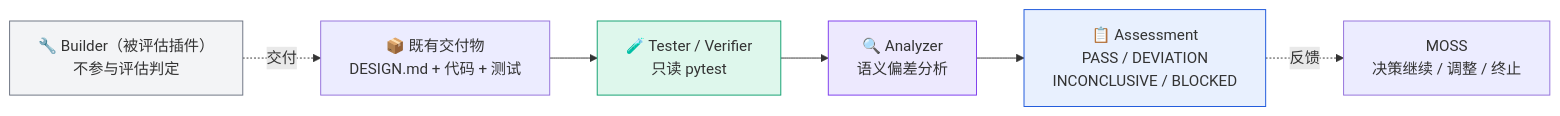
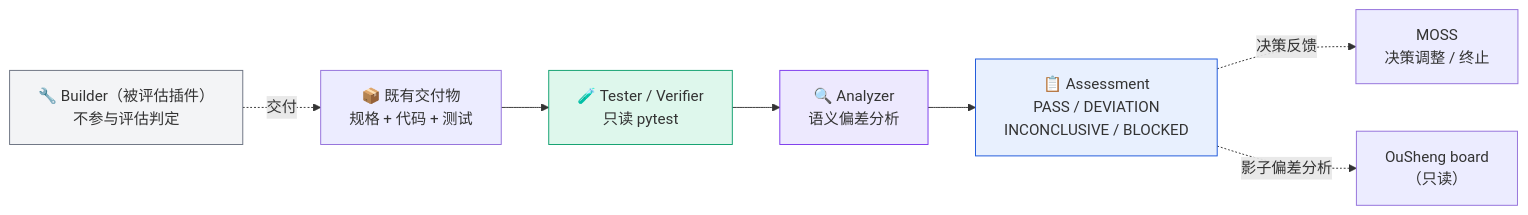
One commit to georgewangchn/MoDou changed the first of 2 diagrams in README.md. Above: the diagram before and after it, drawn with Mermaid. The commit also changed other lines of this file, not shown here.

````diff
--- a/README.md
+++ b/README.md
@@ -51,13 +71,14 @@
 ```mermaid
 flowchart LR
-    DELIV["📦 既有交付物<br/>DESIGN.md + 代码 + 测试"] --> VER["🧪 Tester / Verifier<br/>只读 pytest"]
+    DELIV["📦 既有交付物<br/>规格 + 代码 + 测试"] --> VER["🧪 Tester / Verifier<br/>只读 pytest"]
     VER --> ANA["🔍 Analyzer<br/>语义偏差分析"]
     ANA --> ASSESS["📋 Assessment<br/>PASS / DEVIATION<br/>INCONCLUSIVE / BLOCKED"]
-    ASSESS -.反馈.-> MOSS["MOSS<br/>决策继续 / 调整 / 终止"]
+    ASSESS -.决策反馈.-> MOSS["MOSS<br/>决策调整 / 终止"]
+    ASSESS -.影子偏差分析.-> BOARD["OuSheng board<br/>（只读）"]
     BUILDER["🔧 Builder（被评估插件）<br/>不参与评估判定"] -.交付.-> DELIV
 
     style VER fill:#def7ec,stroke:#0e9f6e
     style ANA fill:#ede9fe,stroke:#7c3aed
     style ASSESS fill:#e8f0fe,stroke:#1a56db
     style BUILDER fill:#f3f4f6,stroke:#6b7280
 ```
````
